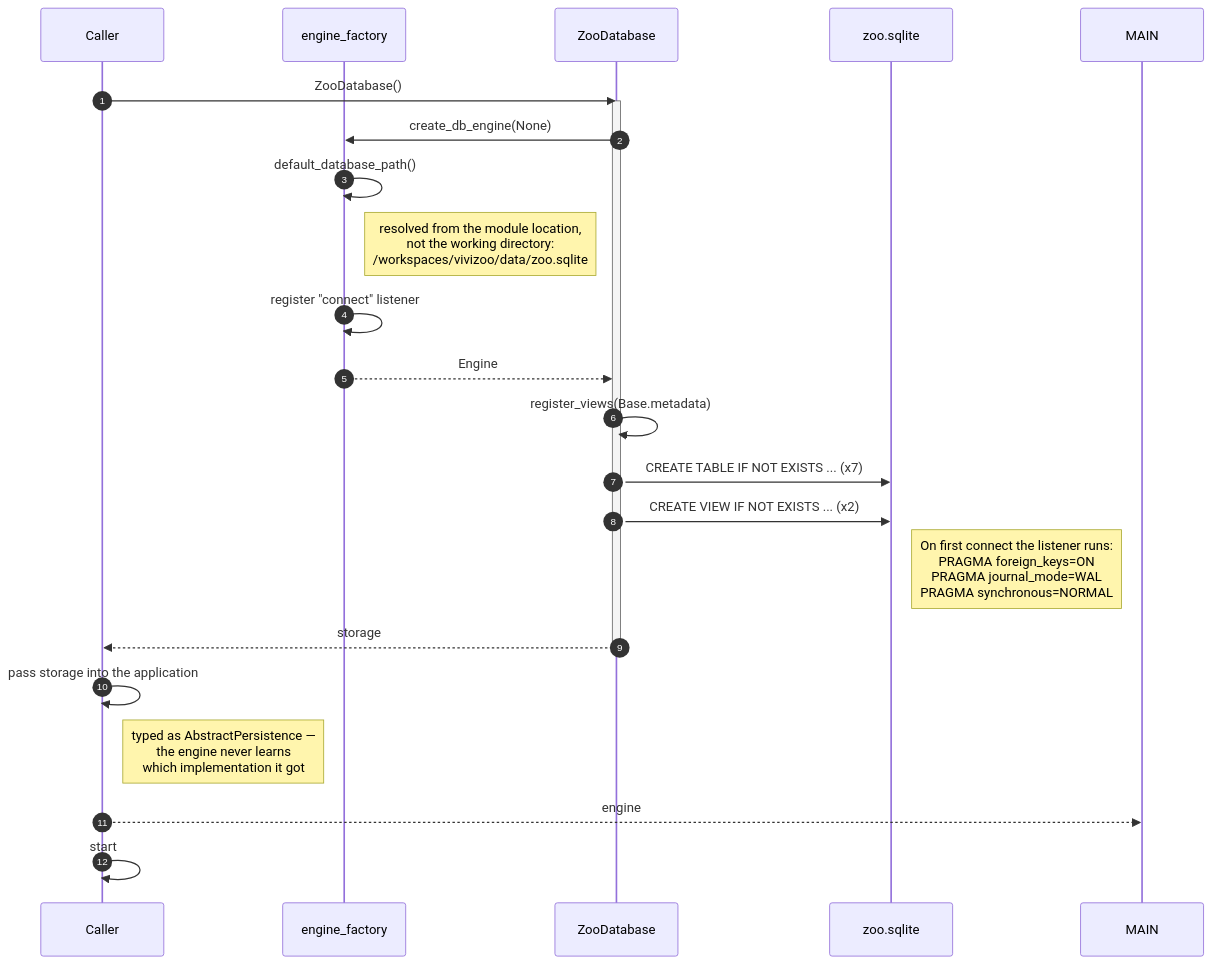
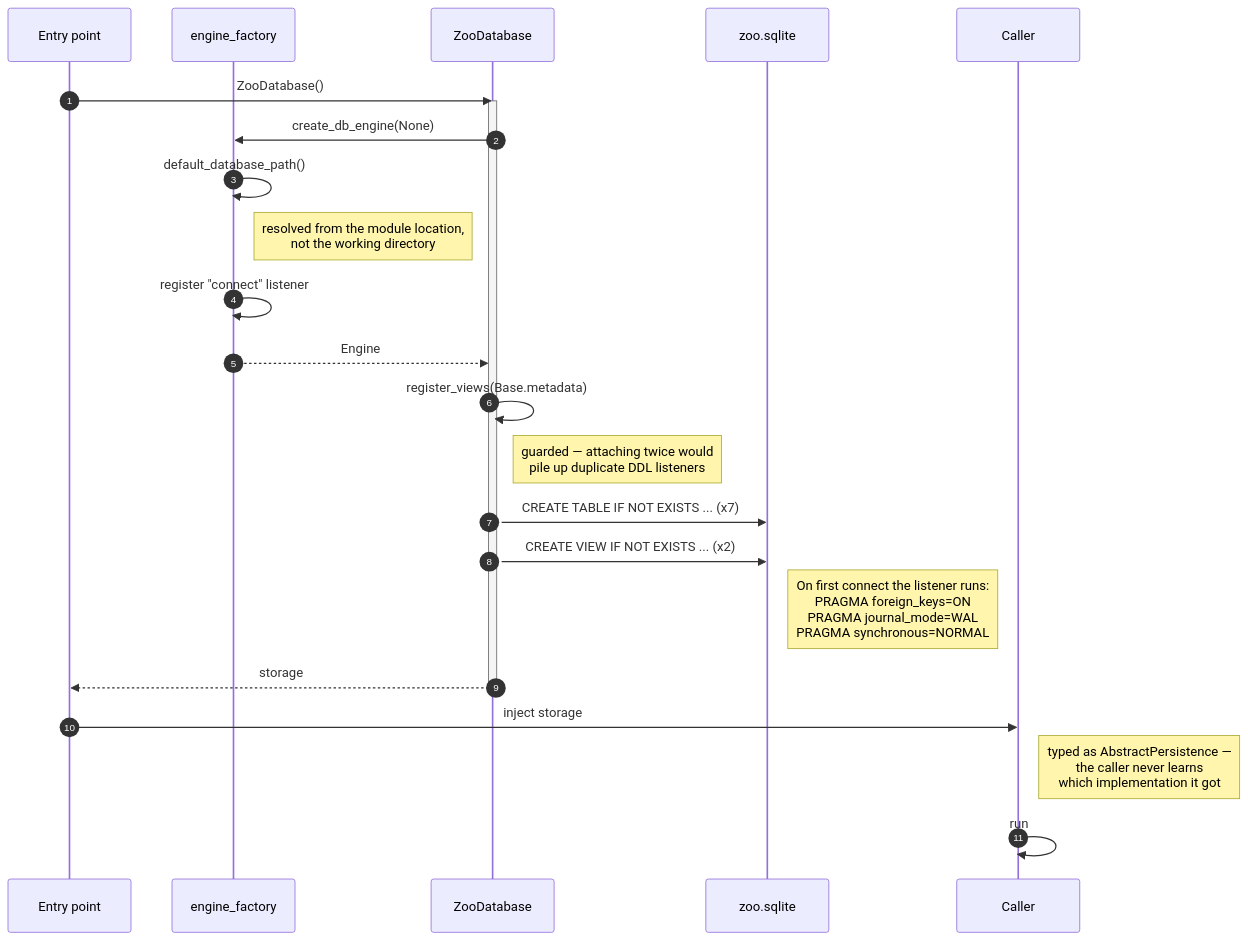
One commit to justforaprogramm/vivizoo changed the sixth of 6 diagrams in db/docs/uml_sequence_diagrams.md. Above: the diagram before and after it, drawn with Mermaid. The commit also changed other lines of this file and 32 other files, not shown here.

````diff
--- a/db/docs/uml_sequence_diagrams.md
+++ b/db/docs/uml_sequence_diagrams.md
@@ -224,32 +325,31 @@
 ```mermaid
 sequenceDiagram
     autonumber
-    participant APP as Caller
+    participant MAIN as Entry point
     participant FAC as engine_factory
     participant PER as ZooDatabase
     participant DB as zoo.sqlite
     participant APP as Caller
 
-    APP->>PER: ZooDatabase()
+    MAIN->>PER: ZooDatabase()
     activate PER
 
     PER->>FAC: create_db_engine(None)
     FAC->>FAC: default_database_path()
-    Note right of FAC: resolved from the module location,<br/>not the working directory:<br/>/workspaces/vivizoo/data/zoo.sqlite
+    Note right of FAC: resolved from the module location,<br/>not the working directory
     FAC->>FAC: register "connect" listener
     FAC-->>PER: Engine
 
     PER->>PER: register_views(Base.metadata)
+    Note right of PER: guarded — attaching twice would<br/>pile up duplicate DDL listeners
     PER->>DB: CREATE TABLE IF NOT EXISTS ... (x7)
     PER->>DB: CREATE VIEW IF NOT EXISTS ... (x2)
     Note right of DB: On first connect the listener runs:<br/>PRAGMA foreign_keys=ON<br/>PRAGMA journal_mode=WAL<br/>PRAGMA synchronous=NORMAL
 
-    PER-->>APP: storage
+    PER-->>MAIN: storage
     deactivate PER
 
-    APP->>APP: pass storage into the application
-    Note right of APP: typed as AbstractPersistence —<br/>the engine never learns<br/>which implementation it got
-
-    APP-->>MAIN: engine
-    APP->>APP: start
+    MAIN->>APP: inject storage
+    Note right of APP: typed as AbstractPersistence —<br/>the caller never learns<br/>which implementation it got
+    APP->>APP: run
 ```
````
